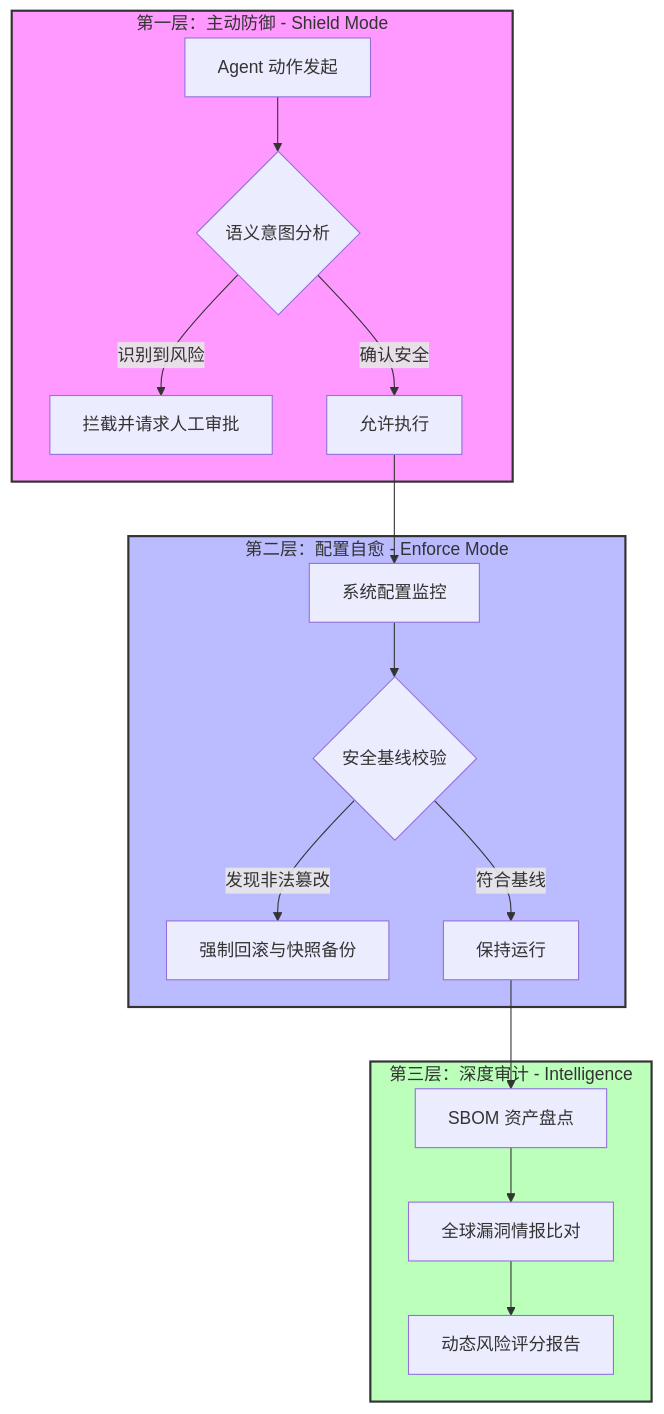
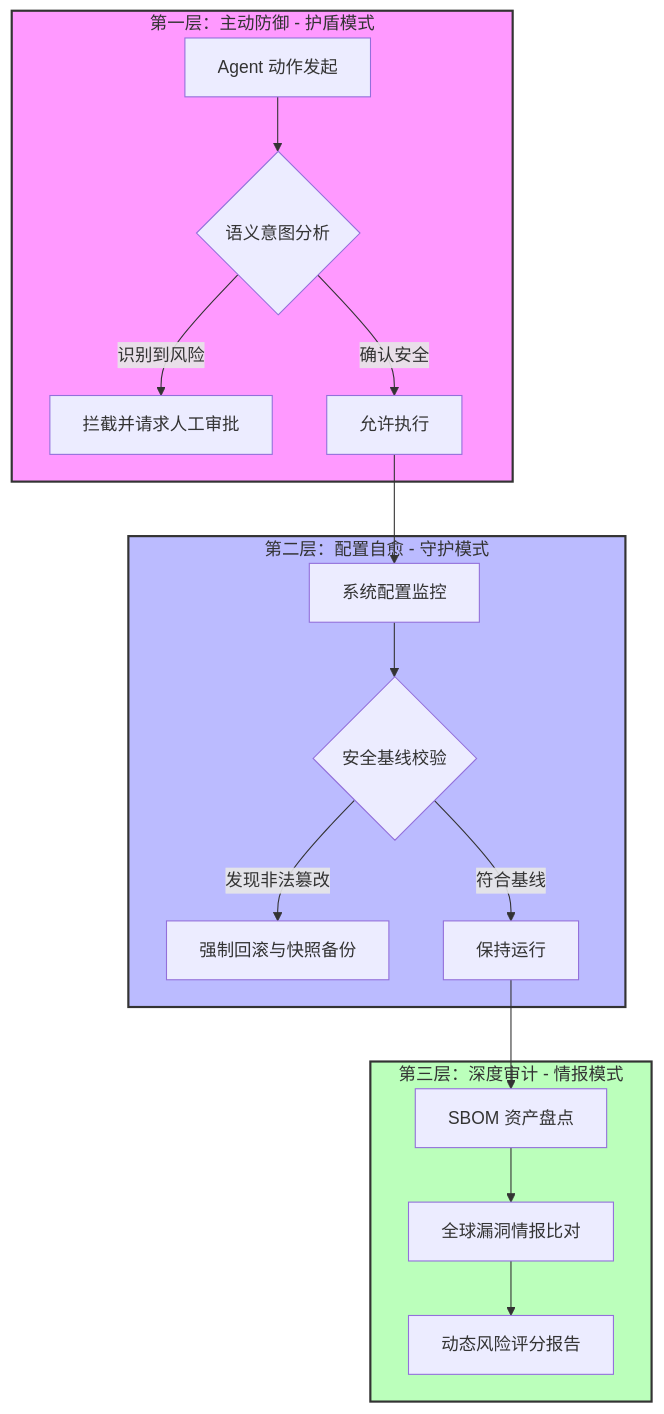
One commit to lttcnly/openclaw-guardrails changed the diagram in README.zh-CN.md. Above: the diagram before and after it, drawn with Mermaid. The commit also changed other lines of this file and 1 other file, not shown here.

Commit message:
docs: localize architecture diagram, restore config section, and simplify contribution call

````diff
--- a/README.zh-CN.md
+++ b/README.zh-CN.md
@@ -32,27 +32,27 @@
 ```mermaid
 graph TD
-    subgraph L1 [第一层：主动防御 - Shield Mode]
+    subgraph L1 [第一层：主动防御 - 护盾模式]
         A[Agent 动作发起] --> B{语义意图分析}
         B -- 识别到风险 --> C[拦截并请求人工审批]
         B -- 确认安全 --> D[允许执行]
     end
 
     D --> E
 
-    subgraph L2 [第二层：配置自愈 - Enforce Mode]
+    subgraph L2 [第二层：配置自愈 - 守护模式]
         E[系统配置监控] --> F{安全基线校验}
         F -- 发现非法篡改 --> G[强制回滚与快照备份]
         F -- 符合基线 --> H[保持运行]
     end
 
     H --> I
 
-    subgraph L3 [第三层：深度审计 - Intelligence]
+    subgraph L3 [第三层：深度审计 - 情报模式]
         I[SBOM 资产盘点] --> J[全球漏洞情报比对]
         J --> K[动态风险评分报告]
     end
 
     style L1 fill:#f9f,stroke:#333,stroke-width:2px
     style L2 fill:#bbf,stroke:#333,stroke-width:2px
     style L3 fill:#bfb,stroke:#333,stroke-width:2px
 ```
````
